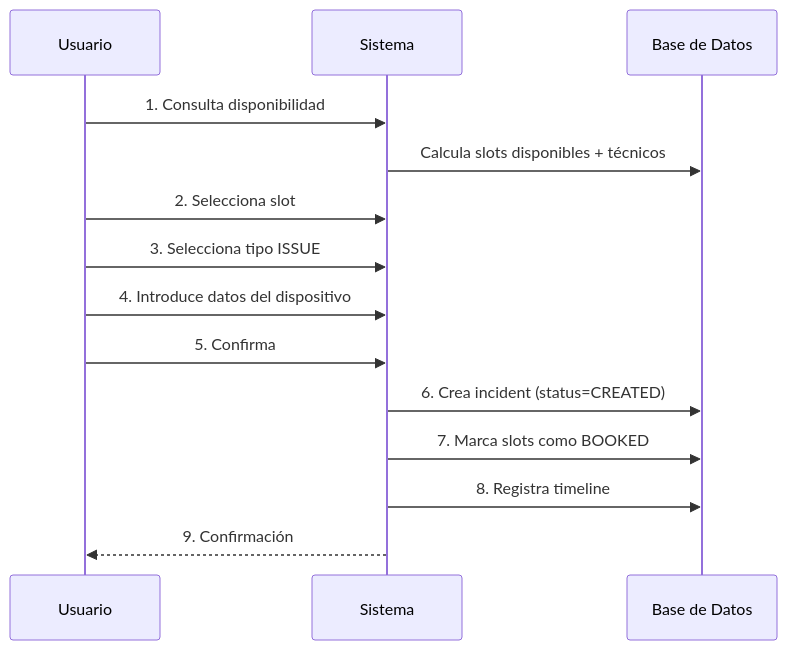
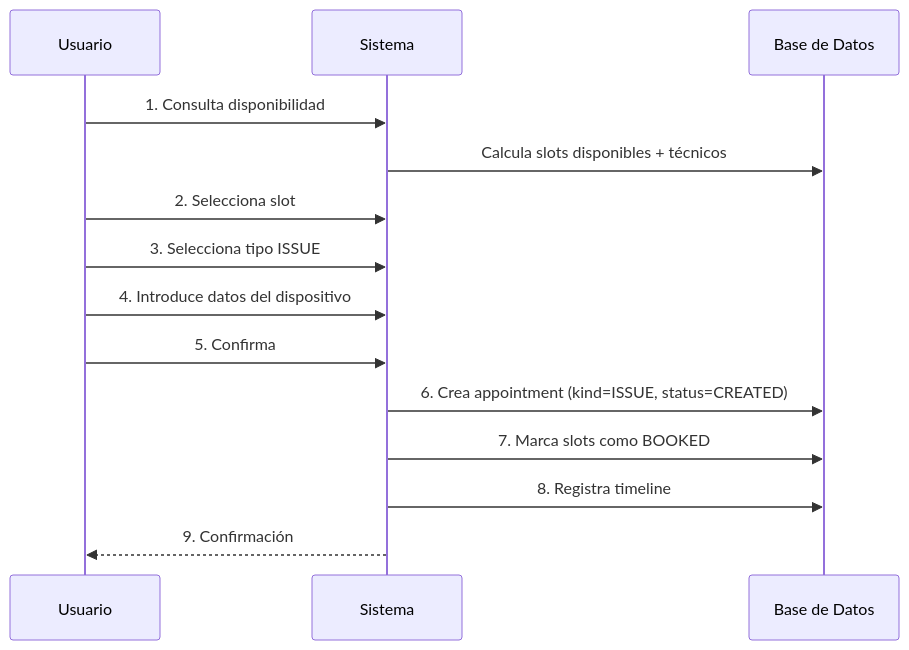
One commit to maironcuellomartinez/monorepo-service changed the second of 4 diagrams in monolito-event-corner_v3/docs/documentation.md. Above: the diagram before and after it, drawn with Mermaid. The commit also changed other lines of this file and 183 other files, not shown here.

First line of the commit message:
Remodelado dominio Appointment (unifica Incident/Request) + fixes ServiceNow (#5)

````diff
--- a/monolito-event-corner_v3/docs/documentation.md
+++ b/monolito-event-corner_v3/docs/documentation.md
@@ -887,20 +936,20 @@
 ```mermaid
 sequenceDiagram
     participant U as Usuario
     participant S as Sistema
     participant DB as Base de Datos
     
     U->>S: 1. Consulta disponibilidad
     S->>DB: Calcula slots disponibles + técnicos
     
     U->>S: 2. Selecciona slot
     U->>S: 3. Selecciona tipo ISSUE
     U->>S: 4. Introduce datos del dispositivo
     U->>S: 5. Confirma
     
-    S->>DB: 6. Crea incident (status=CREATED)
+    S->>DB: 6. Crea appointment (kind=ISSUE, status=CREATED)
     S->>DB: 7. Marca slots como BOOKED
     S->>DB: 8. Registra timeline
     
     S-->>U: 9. Confirmación
 ```
````
